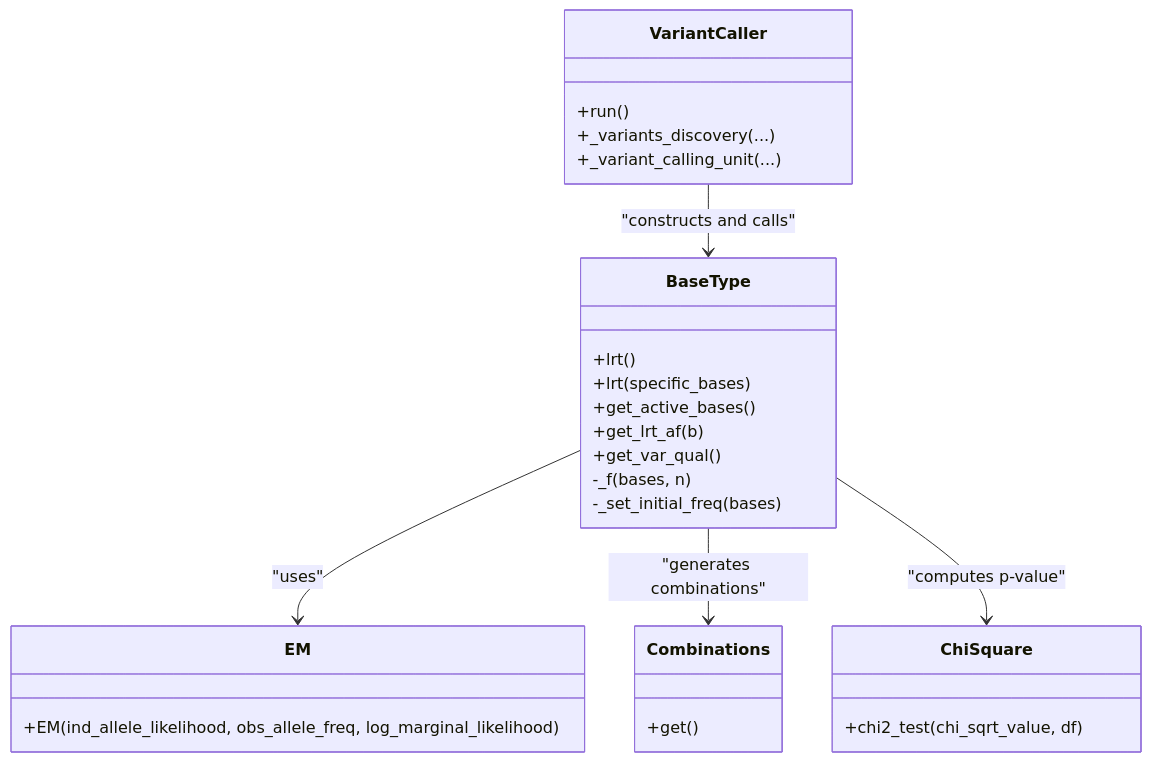
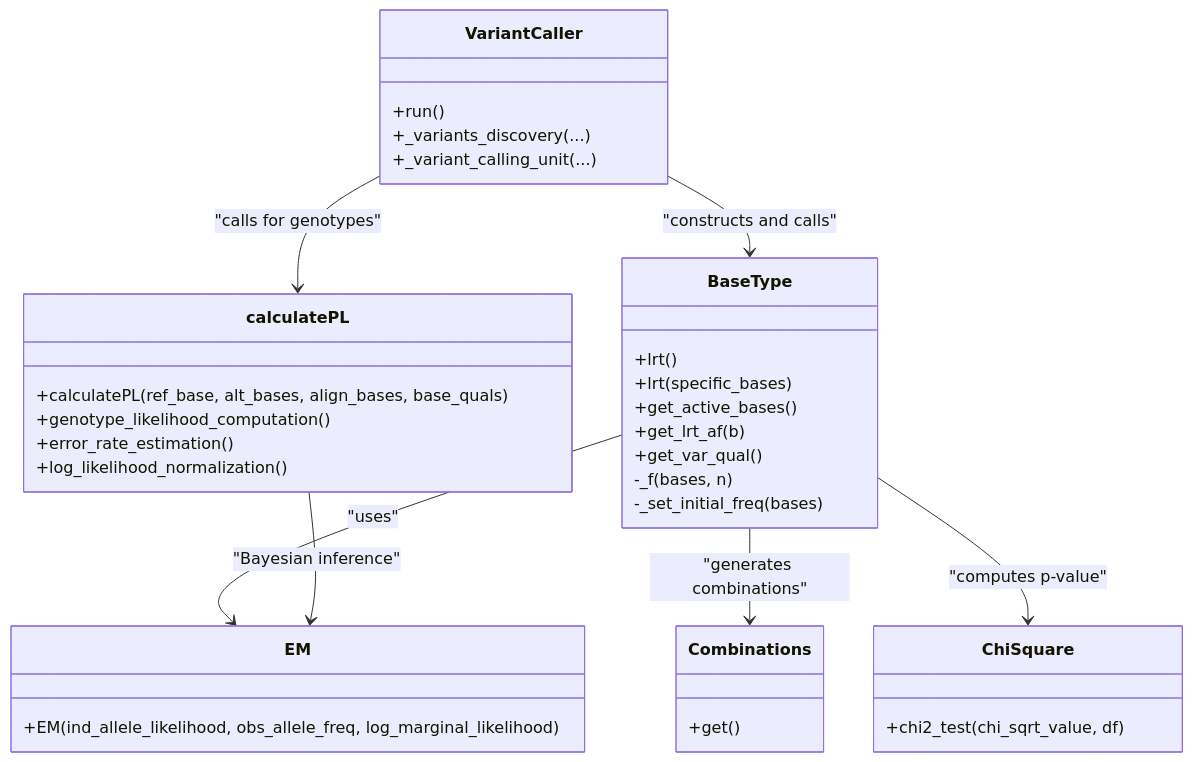
The fifth of 5 diagrams in .qoder/repowiki/en/content/Core Algorithm Architecture/Likelihood Ratio Testing Framework.md (ShujiaHuang/BaseVar2), drawn with Mermaid before and after one commit. The commit also changed other lines of this file and 6 other files, not shown here.

````diff
--- a/.qoder/repowiki/en/content/Core Algorithm Architecture/Likelihood Ratio Testing Framework.md
+++ b/.qoder/repowiki/en/content/Core Algorithm Architecture/Likelihood Ratio Testing Framework.md
@@ -233,30 +312,38 @@
 ```mermaid
 classDiagram
 class BaseType {
 +lrt()
 +lrt(specific_bases)
 +get_active_bases()
 +get_lrt_af(b)
 +get_var_qual()
 -_f(bases, n)
 -_set_initial_freq(bases)
+}
+class calculatePL {
++calculatePL(ref_base, alt_bases, align_bases, base_quals)
++genotype_likelihood_computation()
++error_rate_estimation()
++log_likelihood_normalization()
 }
 class EM {
 +EM(ind_allele_likelihood, obs_allele_freq, log_marginal_likelihood)
 }
 class Combinations {
 +get()
 }
 class ChiSquare {
 +chi2_test(chi_sqrt_value, df)
 }
 class VariantCaller {
 +run()
 +_variants_discovery(...)
 +_variant_calling_unit(...)
 }
 BaseType --> EM : "uses"
 BaseType --> Combinations : "generates combinations"
 BaseType --> ChiSquare : "computes p-value"
+calculatePL --> EM : "Bayesian inference"
 VariantCaller --> BaseType : "constructs and calls"
+VariantCaller --> calculatePL : "calls for genotypes"
 ```
````
